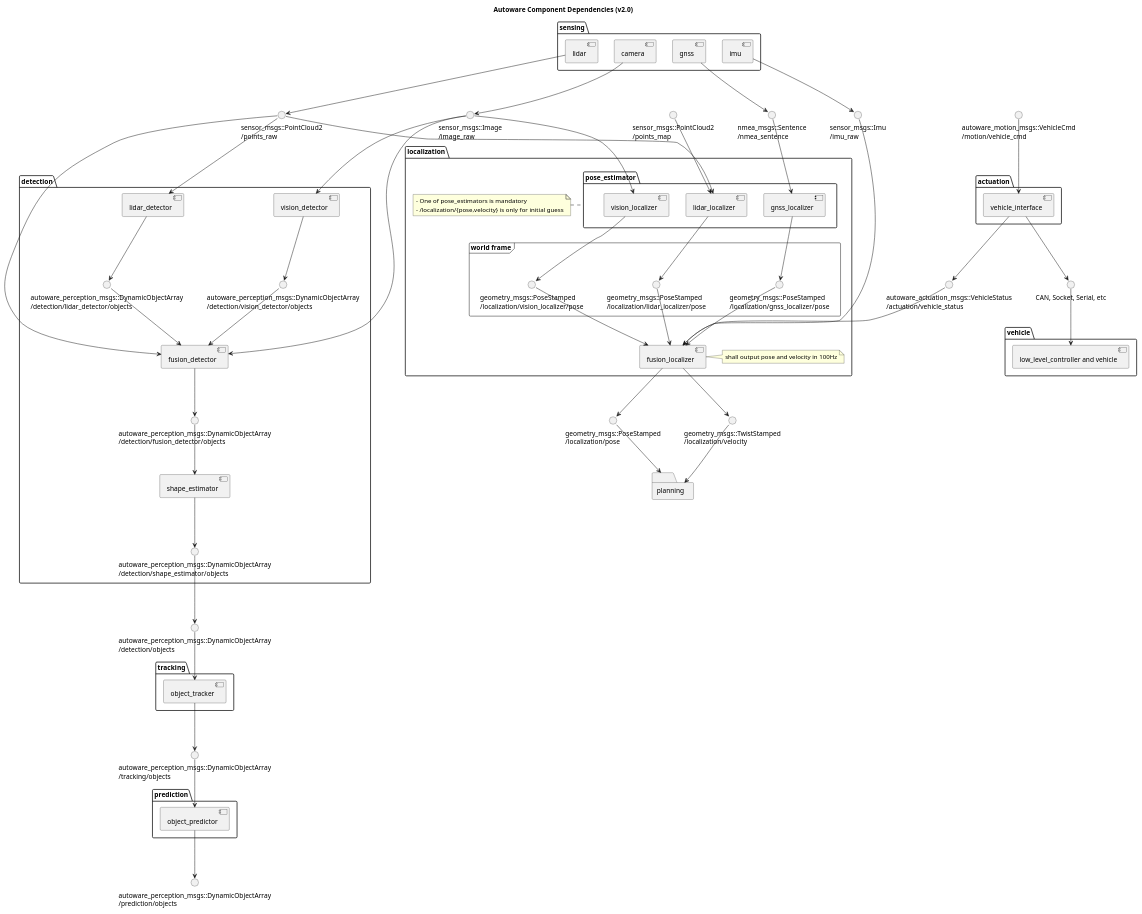
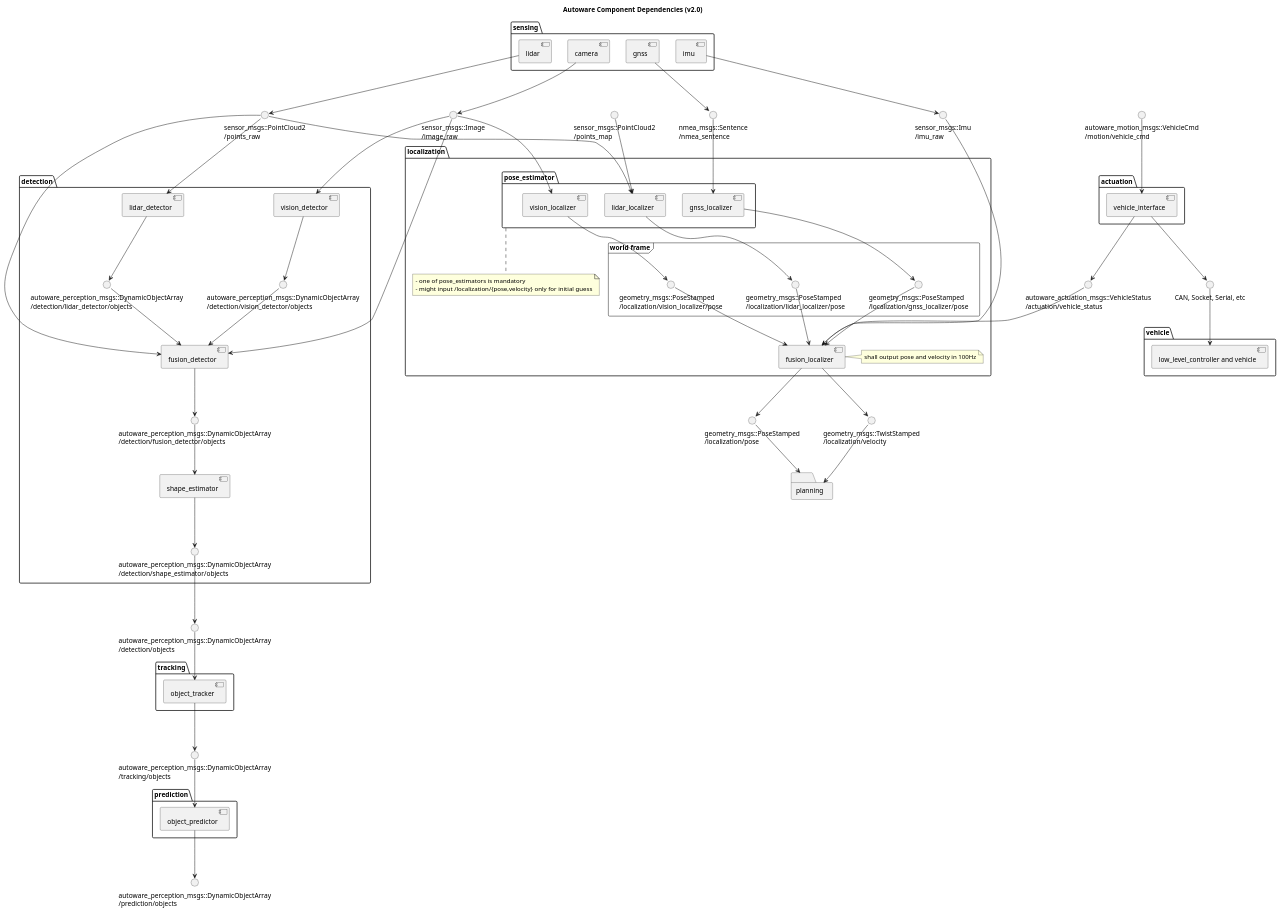
The diagram in docs/architecture/ComponentDiagram.pu (beenfhb/autoware), drawn with PlantUML before and after one commit.

Commit message:
Move note

```diff
--- a/docs/architecture/ComponentDiagram.pu
+++ b/docs/architecture/ComponentDiagram.pu
@@ -129,9 +129,9 @@
         'outputs
         lidar_localizer --> ndt_pose
     }
-    note left of pose_estimator
-        - One of pose_estimators is mandatory
-        - /localization/{pose,velocity} is only for initial guess
+    note bottom of pose_estimator
+        - one of pose_estimators is mandatory
+        - might input /localization/{pose,velocity} only for initial guess
     end note
 
     [fusion_localizer]
```
